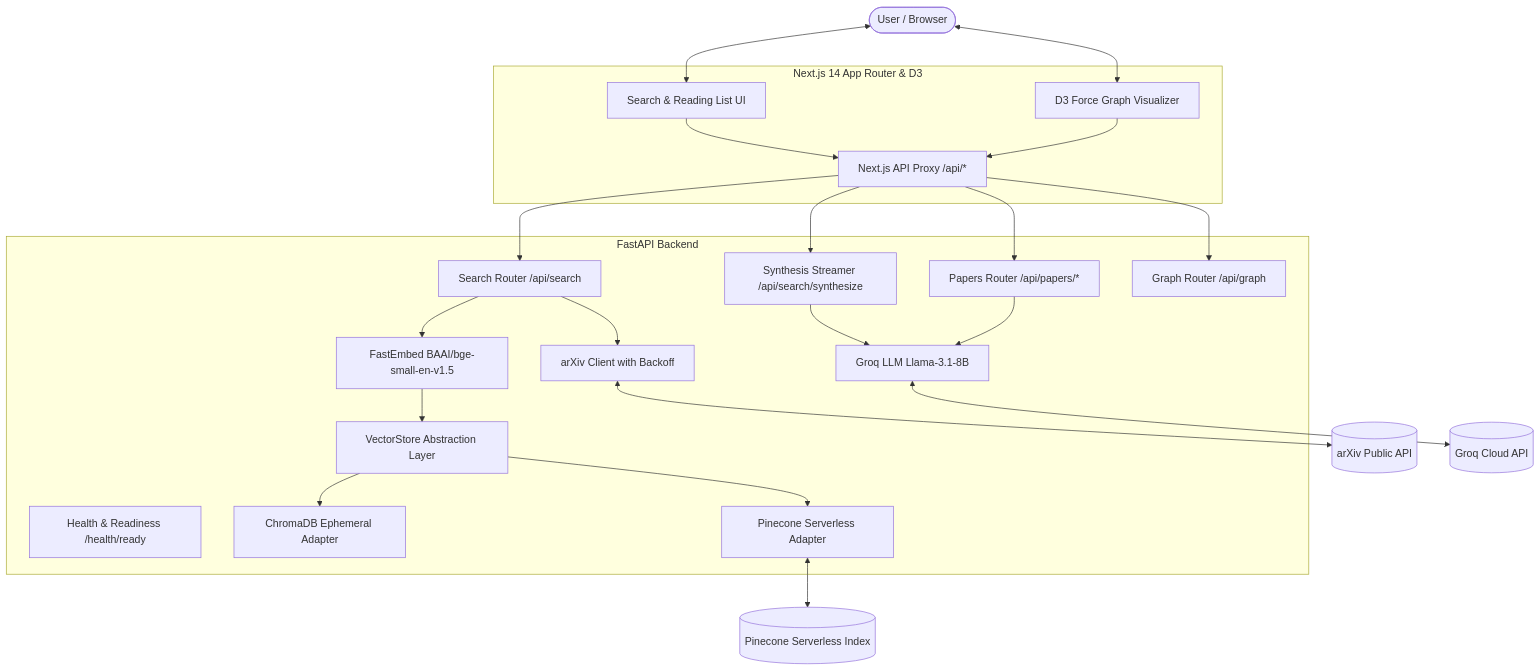
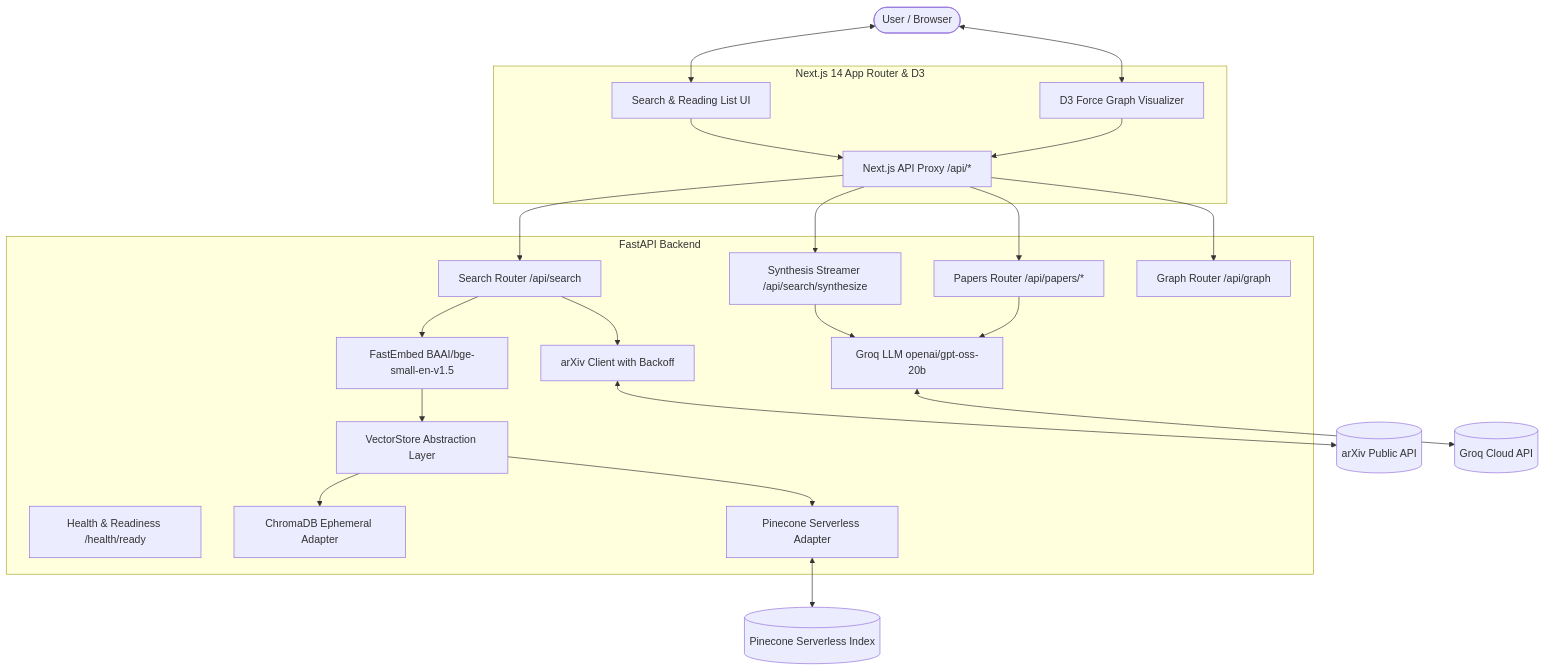
Before and after one commit to Viper396/Scholytics: the diagram in README.md, drawn with Mermaid. The commit also changed other lines of this file and 3 other files, not shown here.

Commit message:
docs: update Groq model references and deployment configs to openai/gpt-oss-20b

````diff
--- a/README.md
+++ b/README.md
@@ -9,42 +9,42 @@
 ```mermaid
 flowchart TD
     User([User / Browser])
     
     subgraph Frontend [Next.js 14 App Router & D3]
         UI[Search & Reading List UI]
         GraphView[D3 Force Graph Visualizer]
         NextProxy[Next.js API Proxy /api/*]
     end
 
     subgraph Backend [FastAPI Backend]
         Health[Health & Readiness /health/ready]
         SearchRouter[Search Router /api/search]
         SynthRouter[Synthesis Streamer /api/search/synthesize]
         PaperRouter[Papers Router /api/papers/*]
         GraphRouter[Graph Router /api/graph]
         
         ArxivClient[arXiv Client with Backoff]
         Embedder[FastEmbed BAAI/bge-small-en-v1.5]
         VectorStoreInterface[VectorStore Abstraction Layer]
         ChromaAdapter[ChromaDB Ephemeral Adapter]
         PineconeAdapter[Pinecone Serverless Adapter]
-        Summarizer[Groq LLM Llama-3.1-8B]
+        Summarizer[Groq LLM openai/gpt-oss-20b]
     end
 
     UpstreamArxiv[(arXiv Public API)]
     UpstreamGroq[(Groq Cloud API)]
     PineconeCloud[(Pinecone Serverless Index)]
 
     User <--> UI
     User <--> GraphView
     UI & GraphView --> NextProxy
     NextProxy --> SearchRouter & SynthRouter & PaperRouter & GraphRouter
     
     SearchRouter --> ArxivClient
     ArxivClient <--> UpstreamArxiv
     SearchRouter --> Embedder --> VectorStoreInterface
     VectorStoreInterface --> ChromaAdapter
     VectorStoreInterface --> PineconeAdapter <--> PineconeCloud
     SynthRouter --> Summarizer <--> UpstreamGroq
     PaperRouter --> Summarizer
 ```
````
